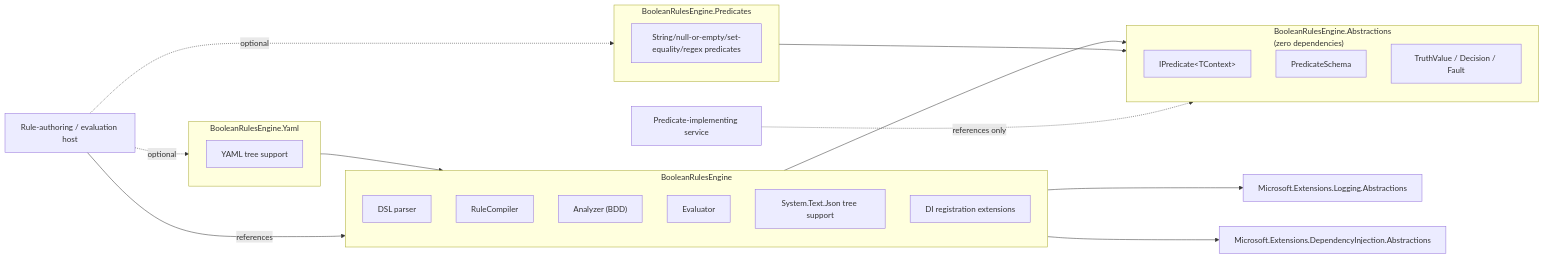
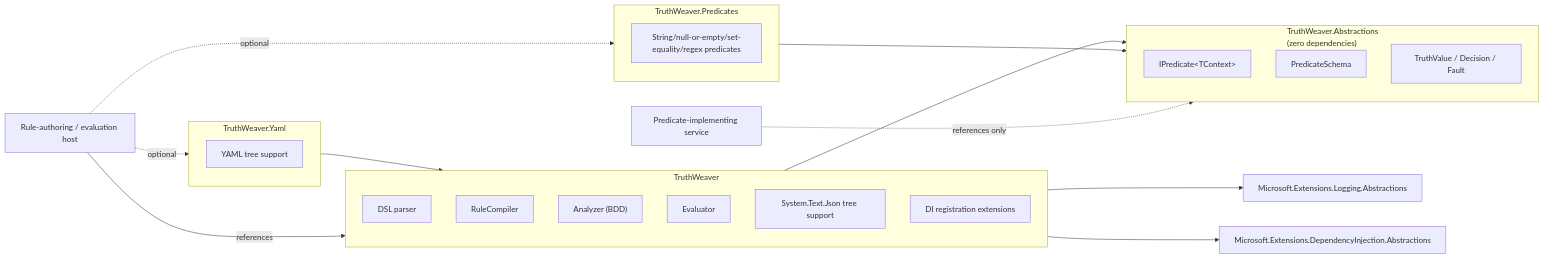
The diagram in docs/adr/0004-package-boundaries-and-extensibility.md (rheone/Boolean-Rules-Engine), drawn with Mermaid before and after one commit. The commit also changed other lines of this file and 4 other files, not shown here.

First line of the commit message:
Update README, CONTEXT.md, and ADRs to the TruthWeaver name (ticket 04)

````diff
--- a/docs/adr/0004-package-boundaries-and-extensibility.md
+++ b/docs/adr/0004-package-boundaries-and-extensibility.md
@@ -58,36 +58,36 @@
 ```mermaid
 flowchart LR
-    subgraph Abstractions["BooleanRulesEngine.Abstractions<br/>(zero dependencies)"]
+    subgraph Abstractions["TruthWeaver.Abstractions<br/>(zero dependencies)"]
         IPredicate["IPredicate&lt;TContext&gt;"]
         Schema["PredicateSchema"]
         Truth["TruthValue / Decision / Fault"]
     end
 
-    subgraph Core["BooleanRulesEngine"]
+    subgraph Core["TruthWeaver"]
         Parser["DSL parser"]
         Compiler["RuleCompiler"]
         Analyzer["Analyzer (BDD)"]
         Evaluator["Evaluator"]
         Json["System.Text.Json tree support"]
         DI["DI registration extensions"]
     end
 
-    subgraph YamlPkg["BooleanRulesEngine.Yaml"]
+    subgraph YamlPkg["TruthWeaver.Yaml"]
         Yaml["YAML tree support"]
     end
 
-    subgraph PredicatesPkg["BooleanRulesEngine.Predicates"]
+    subgraph PredicatesPkg["TruthWeaver.Predicates"]
         Predicates["String/null-or-empty/set-equality/regex predicates"]
     end
 
     Core --> Abstractions
     YamlPkg --> Core
     PredicatesPkg --> Abstractions
     Core --> MEL["Microsoft.Extensions.Logging.Abstractions"]
     Core --> MEDI["Microsoft.Extensions.DependencyInjection.Abstractions"]
 
     App["Predicate-implementing service"] -.->|"references only"| Abstractions
     Host["Rule-authoring / evaluation host"] -->|"references"| Core
     Host -.->|"optional"| YamlPkg
     Host -.->|"optional"| PredicatesPkg
 ```
````
